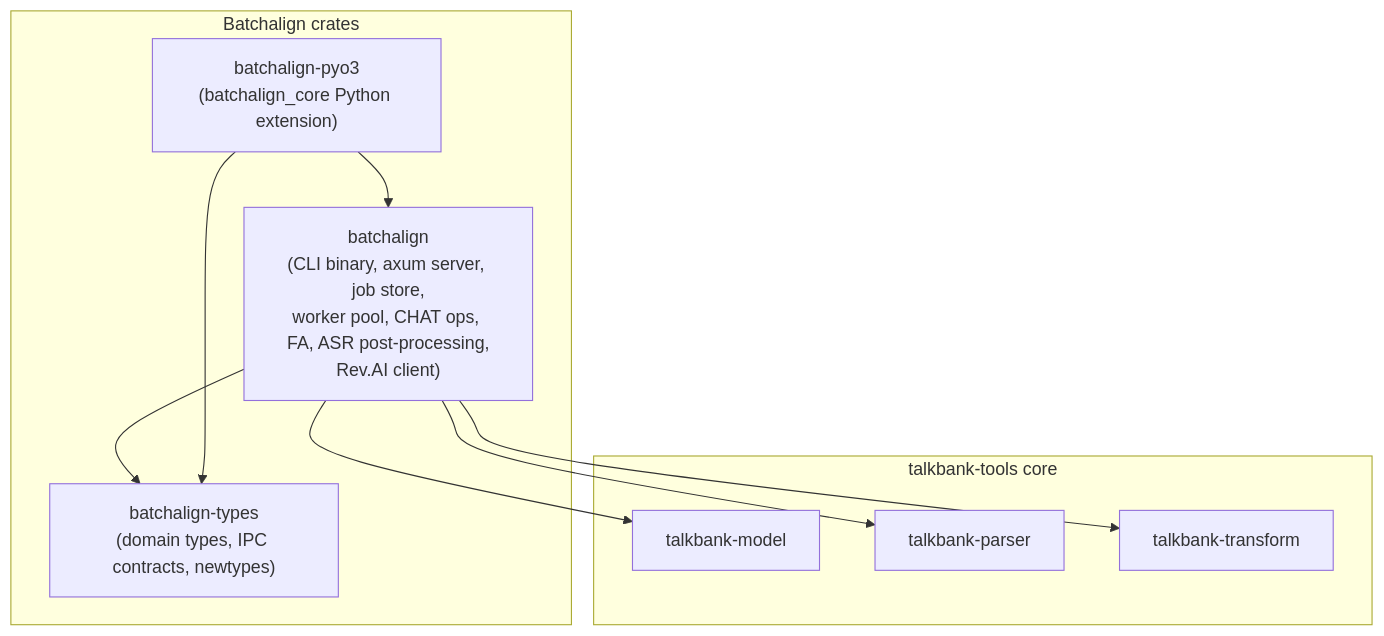
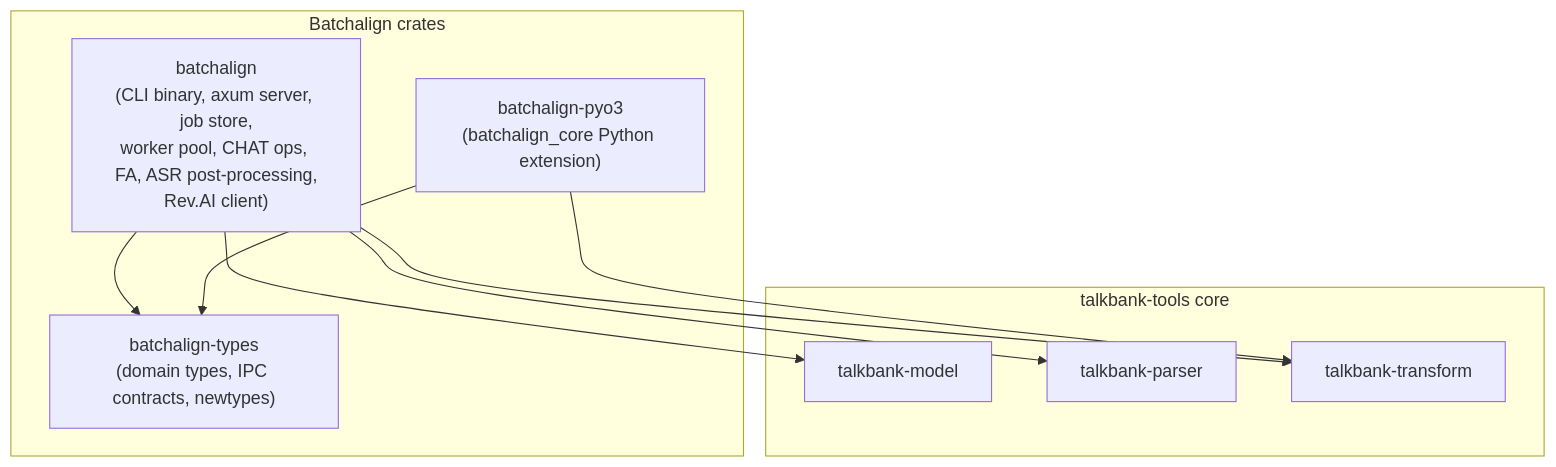
Before and after one commit to TalkBank/talkbank-tools: the diagram in book/src/batchalign/developer/rust-workspace-map.md, drawn with Mermaid. The commit also changed other lines of this file and 246 other files, not shown here.

````diff
--- a/book/src/batchalign/developer/rust-workspace-map.md
+++ b/book/src/batchalign/developer/rust-workspace-map.md
@@ -11,20 +11,20 @@
 ```mermaid
 flowchart TD
     subgraph batchalign["Batchalign crates"]
         ba["batchalign\n(CLI binary, axum server, job store,\nworker pool, CHAT ops, FA, ASR post-processing,\nRev.AI client)"]
         types["batchalign-types\n(domain types, IPC contracts, newtypes)"]
         pyo3["batchalign-pyo3\n(batchalign_core Python extension)"]
 
         ba --> types
-        pyo3 --> ba
         pyo3 --> types
     end
 
     subgraph tt["talkbank-tools core"]
         model["talkbank-model"]
         parser["talkbank-parser"]
         transform["talkbank-transform"]
     end
 
     ba --> model & parser & transform
+    pyo3 --> transform
 ```
````
